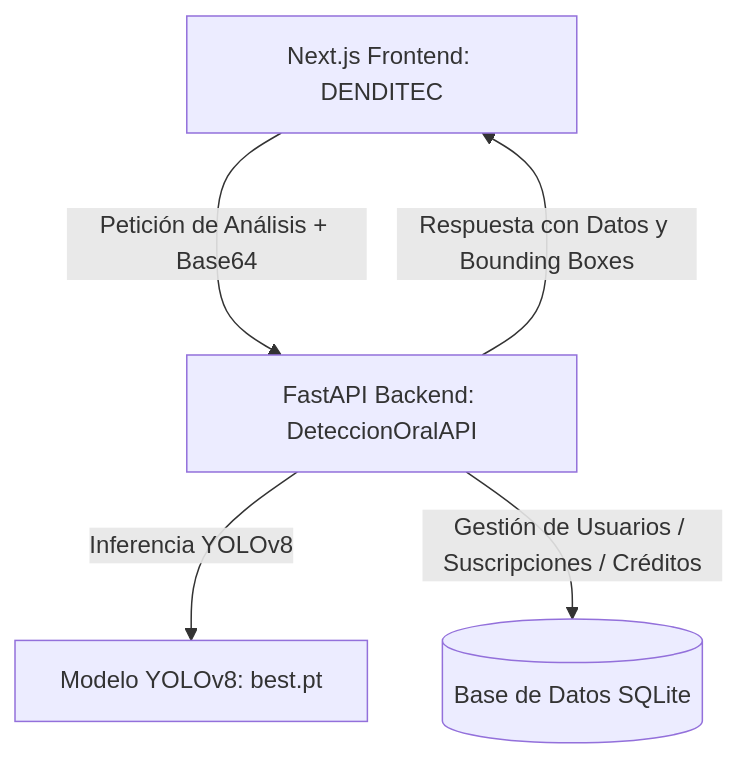
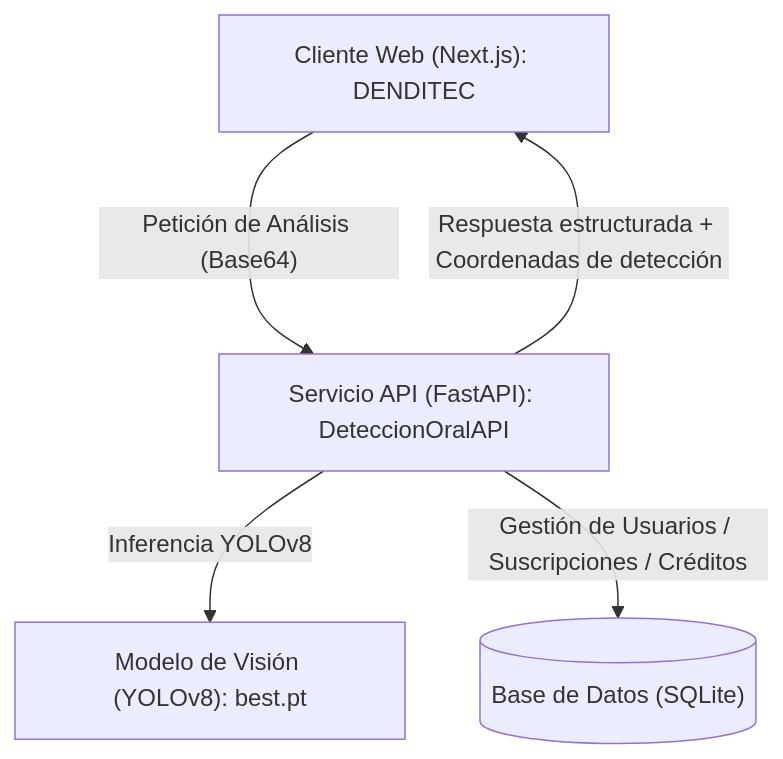
The diagram in README.md (a-sebs/PROYECTO-IA), drawn with Mermaid before and after one commit. The commit also changed other lines of this file, not shown here.

````diff
--- a/README.md
+++ b/README.md
@@ -14,12 +14,12 @@
 ```mermaid
 flowchart TD
-    Client["Next.js Frontend: DENDITEC"]
-    API["FastAPI Backend: DeteccionOralAPI"]
-    Model["Modelo YOLOv8: best.pt"]
-    DB[("Base de Datos SQLite")]
+    Client["Cliente Web (Next.js): DENDITEC"]
+    API["Servicio API (FastAPI): DeteccionOralAPI"]
+    Model["Modelo de Visión (YOLOv8): best.pt"]
+    DB[("Base de Datos (SQLite)")]
 
-    Client -->|"Petición de Análisis + Base64"| API
+    Client -->|"Petición de Análisis (Base64)"| API
     API -->|"Inferencia YOLOv8"| Model
     API -->|"Gestión de Usuarios / Suscripciones / Créditos"| DB
-    API --->|"Respuesta con Datos y Bounding Boxes"| Client
+    API --->|"Respuesta estructurada + Coordenadas de detección"| Client
 ```
````
